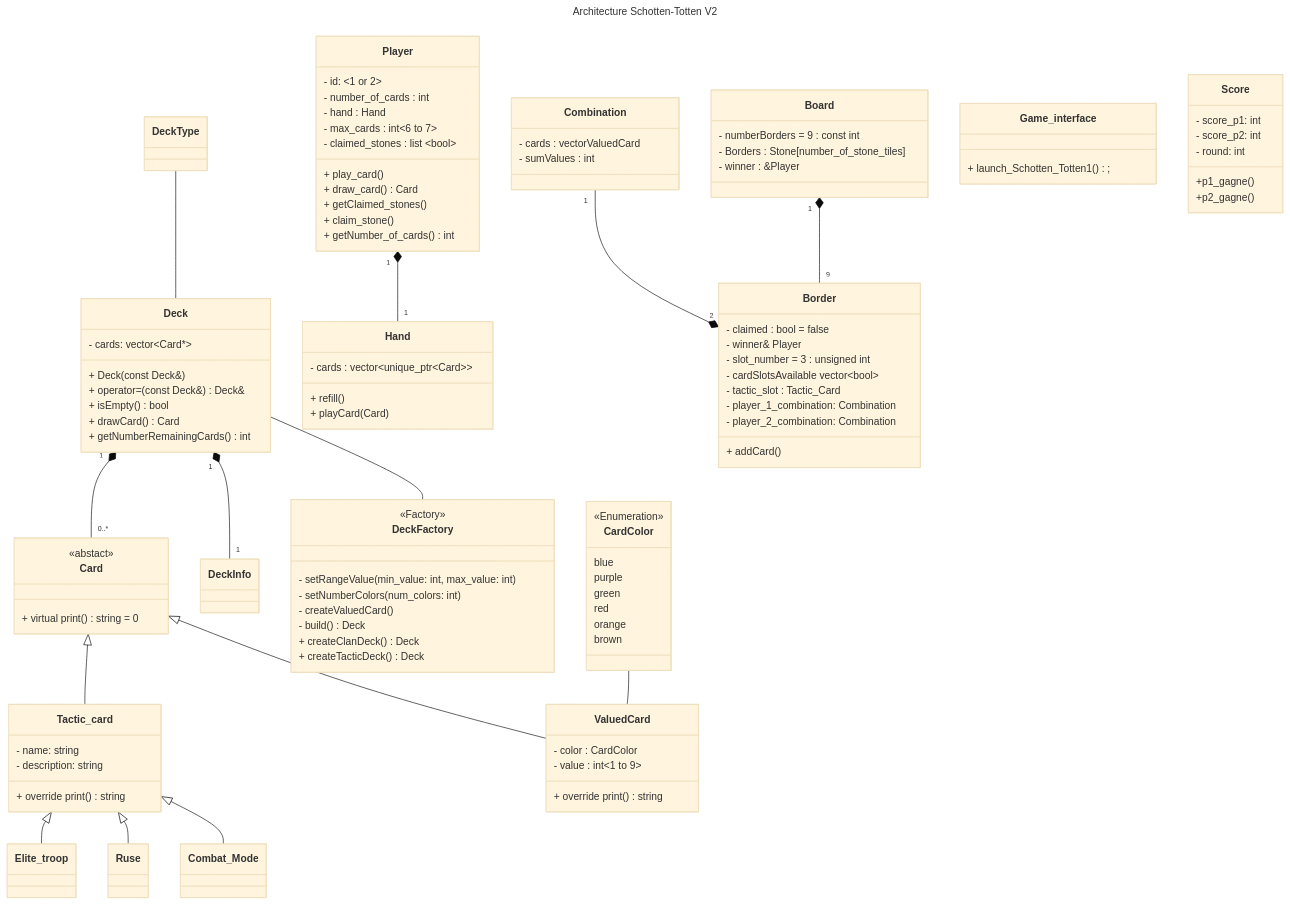
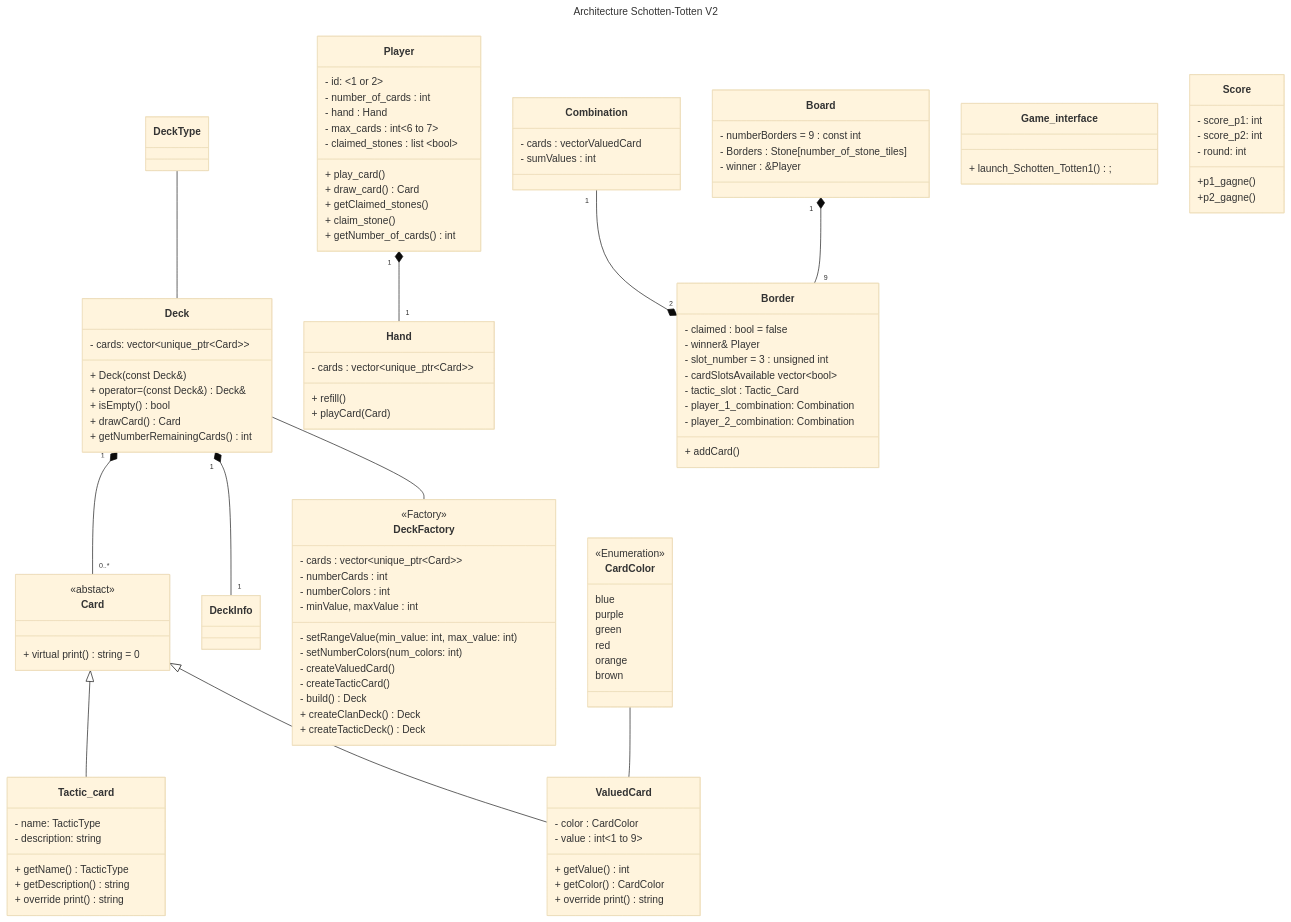
The diagram in README.md (kilaposhi/Schotten-Totten), drawn with Mermaid (base theme) before and after one commit.

```diff
--- a/README.md
+++ b/README.md
@@ -50,9 +50,6 @@
   Player "1"*--"1" Hand
   Combination "1" --* "2" Border
   Board "1" *-- "9" Border
-  Tactic_card <|-- Elite_troop
-  Tactic_card <|-- Ruse
-  Tactic_card <|-- Combat_Mode
   CardColor -- ValuedCard
   DeckType -- Deck
 
@@ -70,12 +67,16 @@
   class ValuedCard{
     - color : CardColor
     - value : int<1 to 9>
+    + getValue() int
+    + getColor() CardColor
     + override print() string
   }
 
   class Tactic_card{
-    - name: string
+    - name: TacticType
     - description: string
+    + getName() TacticType
+    + getDescription() string
     + override print() string
   }
 
@@ -122,7 +123,7 @@
   }
 
   class Deck{
-    - cards: vector~Card*~
+    - cards: vector~unique_ptr~Card~~
     + Deck(const Deck&)
     + operator=(const Deck&) Deck&
     + isEmpty() bool
@@ -133,9 +134,14 @@
 
 class DeckFactory {
   <<Factory>>
+  - cards : vector~unique_ptr~Card~~
+  - numberCards : int
+  - numberColors : int
+  - minValue, maxValue : int
   - setRangeValue(min_value: int, max_value: int)
   - setNumberColors(num_colors: int)
   - createValuedCard()
+  - createTacticCard()
   - build() Deck
   + createClanDeck() Deck
   + createTacticDeck() Deck
```
